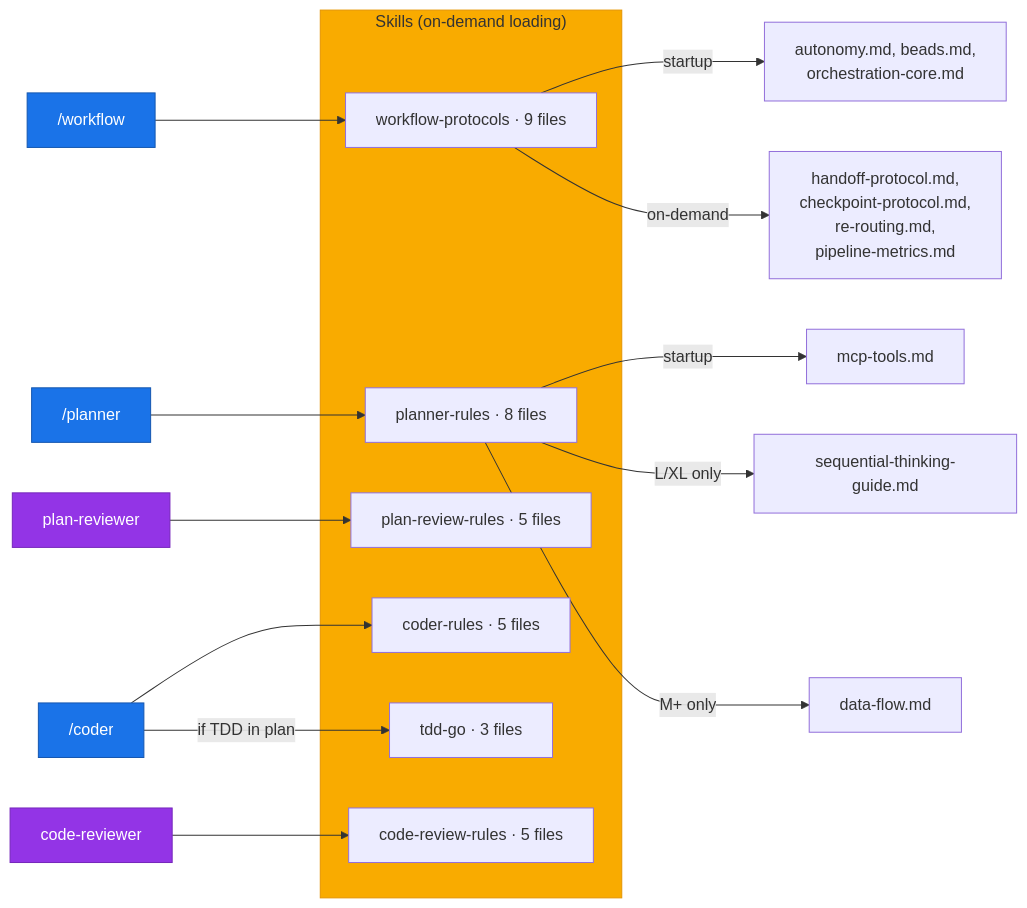
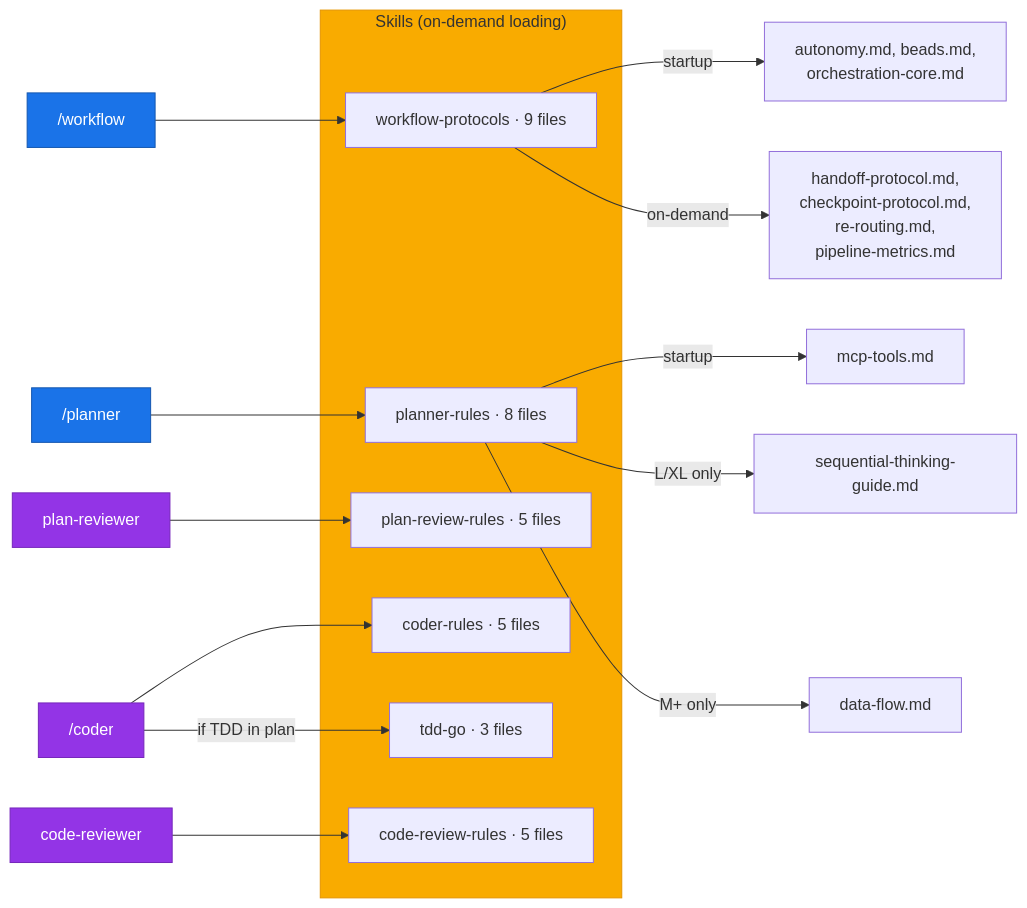
Before and after one commit to hex0xdeadbeef/claude-kit: the fifth of 6 diagrams in README.md, drawn with Mermaid. The commit also changed other lines of this file, not shown here.

First line of the commit message:
Fix /coder color in mermaid diagrams: blue (opus) → purple (sonnet)

````diff
--- a/README.md
+++ b/README.md
@@ -344,32 +344,32 @@
 ```mermaid
 flowchart LR
     subgraph SKILLS ["Skills (on-demand loading)"]
         WP["workflow-protocols · 9 files"]
         PLR["planner-rules · 8 files"]
         CDR["coder-rules · 5 files"]
         PRR["plan-review-rules · 5 files"]
         CRR["code-review-rules · 5 files"]
         TDD["tdd-go · 3 files"]
     end
 
     WF2["/workflow"] --> WP
     PL2["/planner"] --> PLR
     CO2["/coder"] --> CDR
     CO2 -->|"if TDD in plan"| TDD
     PREV["plan-reviewer"] --> PRR
     CREV["code-reviewer"] --> CRR
 
     WP -->|startup| A1["autonomy.md, beads.md,<br/>orchestration-core.md"]
     WP -->|on-demand| A2["handoff-protocol.md,<br/>checkpoint-protocol.md,<br/>re-routing.md,<br/>pipeline-metrics.md"]
 
     PLR -->|startup| B1["mcp-tools.md"]
     PLR -->|"L/XL only"| B2["sequential-thinking-guide.md"]
     PLR -->|"M+ only"| B3["data-flow.md"]
 
     style SKILLS fill:#f9ab00,color:#333,stroke:#e69500
     style WF2 fill:#1a73e8,color:#fff,stroke:#1557b0
     style PL2 fill:#1a73e8,color:#fff,stroke:#1557b0
-    style CO2 fill:#1a73e8,color:#fff,stroke:#1557b0
+    style CO2 fill:#9334e6,color:#fff,stroke:#7627bb
     style PREV fill:#9334e6,color:#fff,stroke:#7627bb
     style CREV fill:#9334e6,color:#fff,stroke:#7627bb
 ```
````
